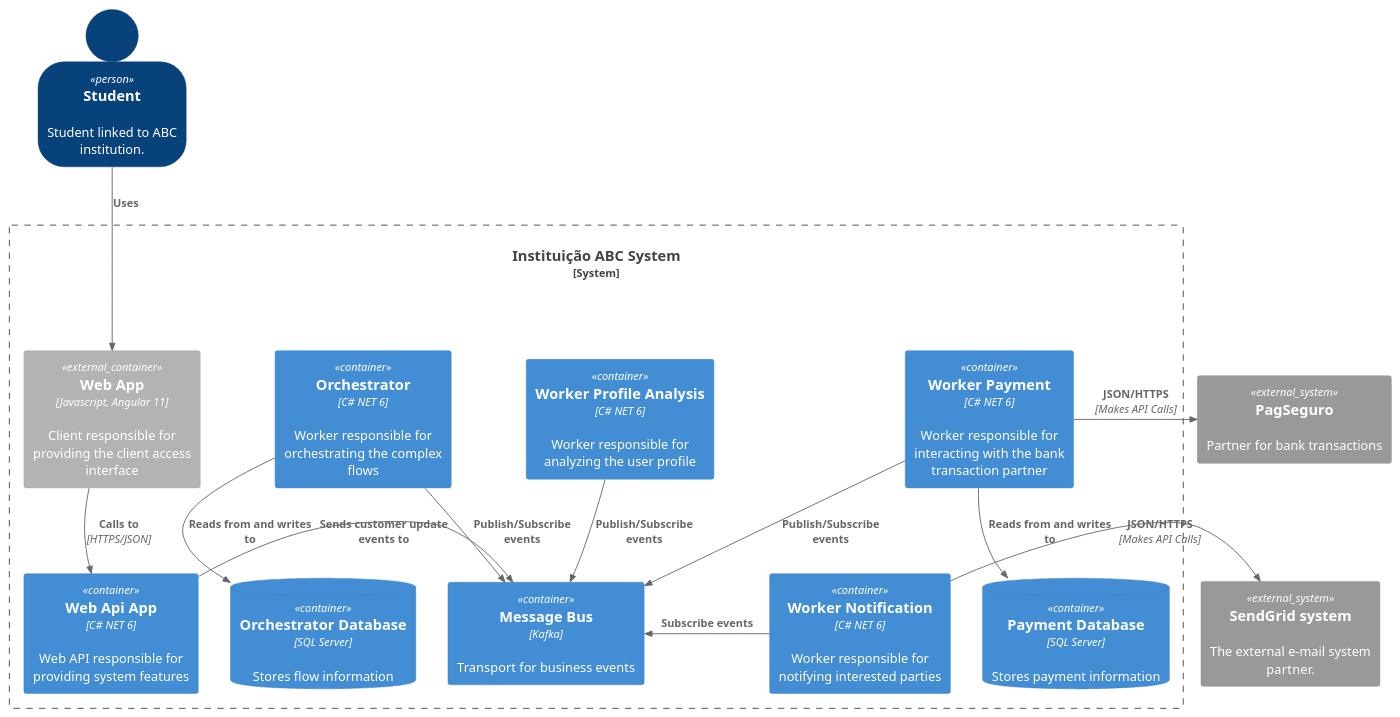
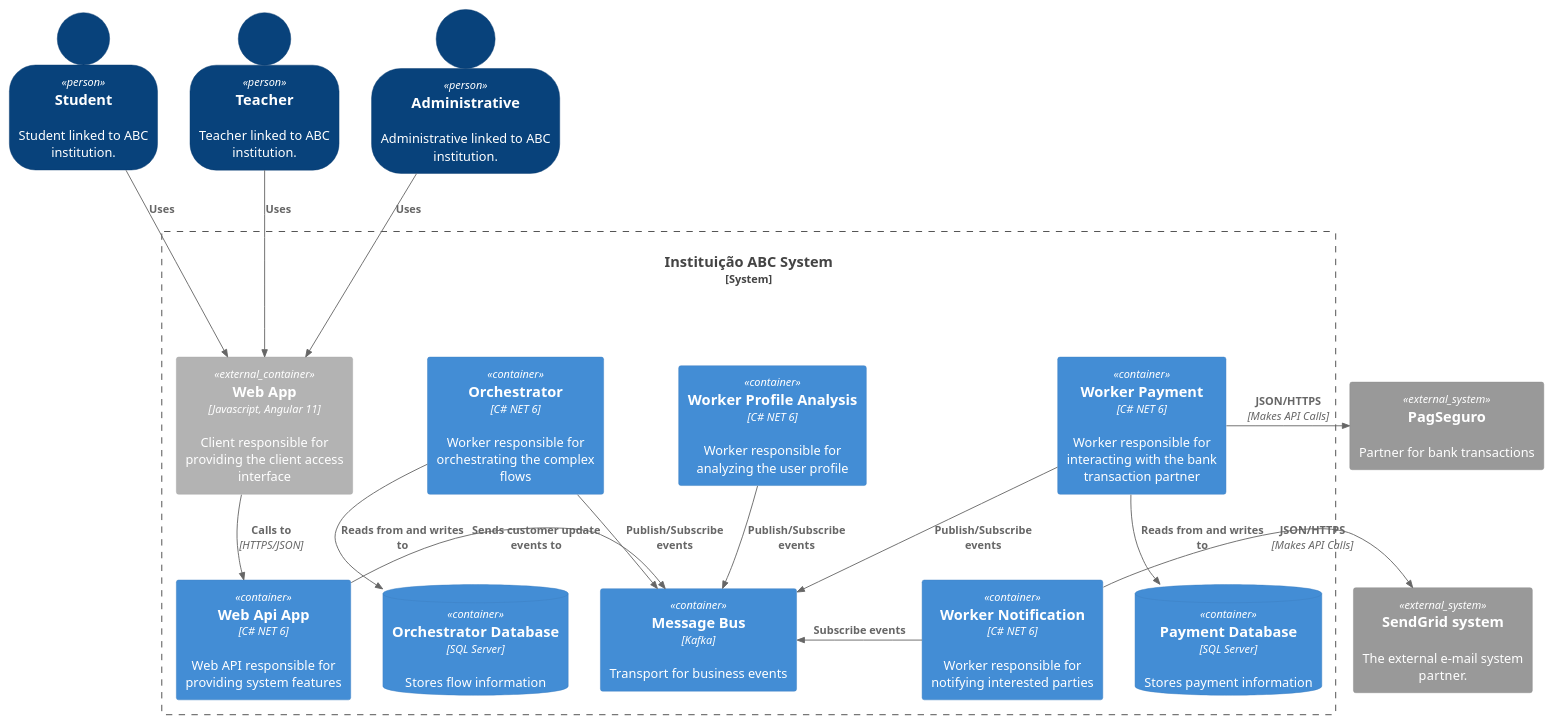
Before and after one commit to alexsanderos/unisinos-abc-distributed: the diagram in docs/architecture/container.puml, drawn with PlantUML. The commit also changed 2 other files, not shown here.

Commit message:
fix diagrams

```diff
--- a/docs/architecture/container.puml
+++ b/docs/architecture/container.puml
@@ -1,55 +1,61 @@
 @startuml
 !include https://raw.githubusercontent.com/plantuml-stdlib/C4-PlantUML/master/C4_Container.puml
 
 SHOW_PERSON_OUTLINE()
 
-Person(customer, "Student", "Student linked to ABC institution.")
+Person(customerStudent, "Student", "Student linked to ABC institution.")
+Person(customerTeacher, "Teacher", "Teacher linked to ABC institution.")
+Person(customerAdministrative, "Administrative", "Administrative linked to ABC institution.")
+
 
 System_Boundary(c0, "Instituição ABC System") {
 
     Container_Ext(web_app, "Web App", "Javascript, Angular 11", "Client responsible for providing the client access interface")
 
     Container(message_bus, "Message Bus", "Kafka", "Transport for business events")
 
     Container(web_api, "Web Api App", "C# NET 6", "Web API responsible for providing system features")
 
     Container(orchestrator_container, "Orchestrator", "C# NET 6", "Worker responsible for orchestrating the complex flows")
 
     ContainerDb(orchestrator_db, "Orchestrator Database", "SQL Server", "Stores flow information")
 
     Container(worker_payment, "Worker Payment", "C# NET 6", "Worker responsible for interacting with the bank transaction partner")
     
     ContainerDb(payment_db, "Payment Database", "SQL Server", "Stores payment information")
 
     Container(worker_profile_analysis, "Worker Profile Analysis", "C# NET 6", "Worker responsible for analyzing the user profile")
 
     Container(worker_notification, "Worker Notification", "C# NET 6", "Worker responsible for notifying interested parties")
 
 }
 
 System_Ext(partner_bank_system, "PagSeguro", "Partner for bank transactions")
 
-Rel(customer, web_app, "Uses")
+Rel(customerStudent, web_app, "Uses")
+Rel(customerTeacher, web_app, "Uses")
+Rel(customerAdministrative, web_app, "Uses")
+
 Rel(web_app, web_api, "Calls to", "HTTPS/JSON")
 
 System_Ext(mail_system, "SendGrid system", "The external e-mail system partner.")
 
 Rel_R(web_api, message_bus, "Sends customer update events to")
 
 Rel_D(orchestrator_container, message_bus, "Publish/Subscribe events")
 
 Rel_D(worker_payment, message_bus, "Publish/Subscribe events")
 
 Rel_D(orchestrator_container, orchestrator_db, "Reads from and writes to")
 
 Rel_R(worker_payment, partner_bank_system, "JSON/HTTPS", "Makes API Calls")
 
 Rel_D(worker_payment, payment_db, "Reads from and writes to")
 
 Rel_L(worker_notification, message_bus, "Subscribe events")
 
 Rel_D(worker_profile_analysis, message_bus, "Publish/Subscribe events")
 
 Rel_R(worker_notification, mail_system, "JSON/HTTPS", "Makes API Calls")
 
 @enduml
```
